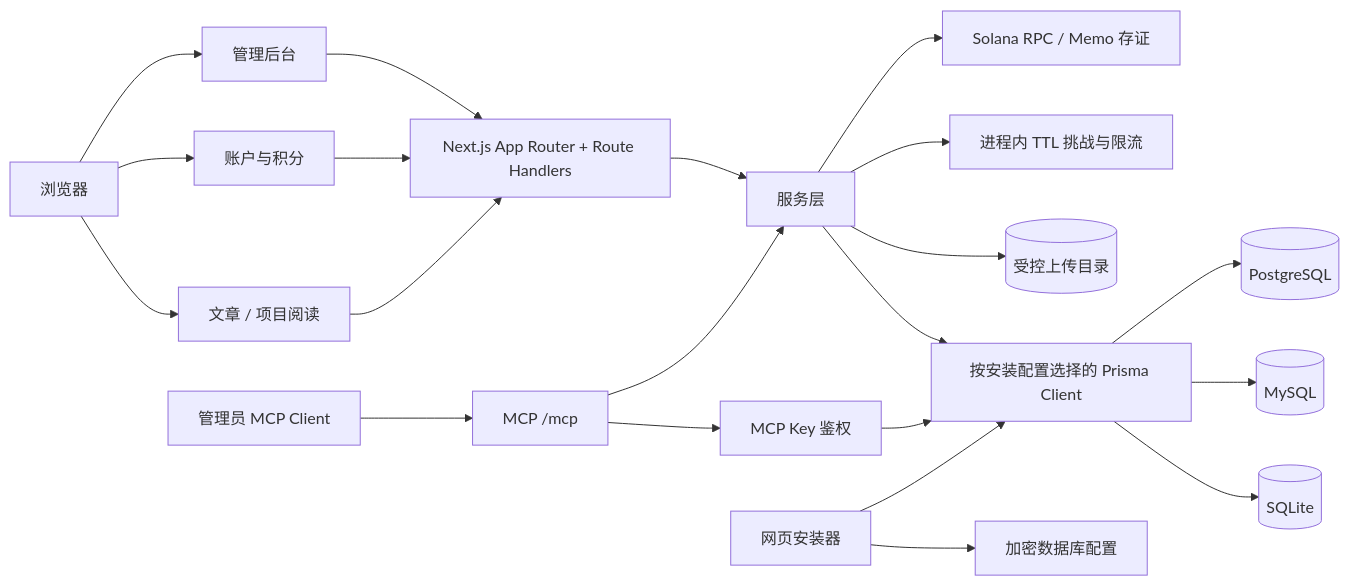
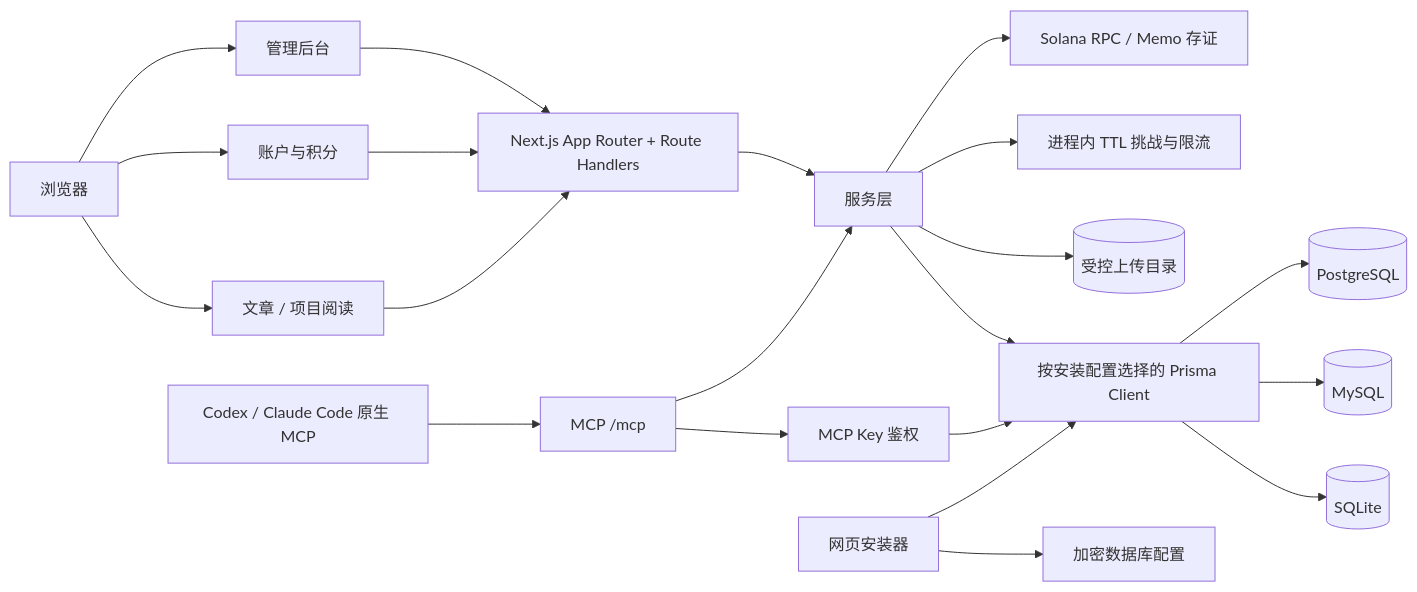
The diagram in README.md (holic512/SlothVault), drawn with Mermaid before and after one commit. The commit also changed other lines of this file and 30 other files, not shown here.

````diff
--- a/README.md
+++ b/README.md
@@ -180,27 +180,27 @@
 ```mermaid
 flowchart LR
     Browser["浏览器"] --> Public["文章 / 项目阅读"]
     Browser --> Account["账户与积分"]
     Browser --> Admin["管理后台"]
-    McpClient["管理员 MCP Client"] --> Mcp["MCP /mcp"]
+    McpClient["Codex / Claude Code 原生 MCP"] --> Mcp["MCP /mcp"]
 
     Public --> Routes["Next.js App Router + Route Handlers"]
     Account --> Routes
     Admin --> Routes
     Mcp --> McpKey["MCP Key 鉴权"]
     Mcp --> Services
     McpKey --> Prisma
 
     Routes --> Services["服务层"]
     Services --> Prisma["按安装配置选择的 Prisma Client"]
     Prisma --> SQLite[(SQLite)]
     Prisma --> MySQL[(MySQL)]
     Prisma --> PostgreSQL[(PostgreSQL)]
 
     Services --> Uploads[(受控上传目录)]
     Services --> Memory["进程内 TTL 挑战与限流"]
     Services --> Solana["Solana RPC / Memo 存证"]
 
     Installer["网页安装器"] --> EncryptedConfig["加密数据库配置"]
     Installer --> Prisma
 ```
````
